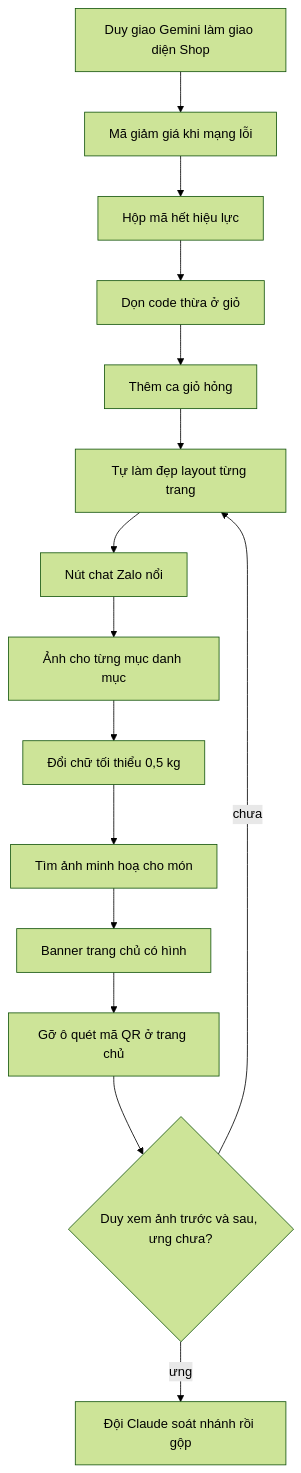
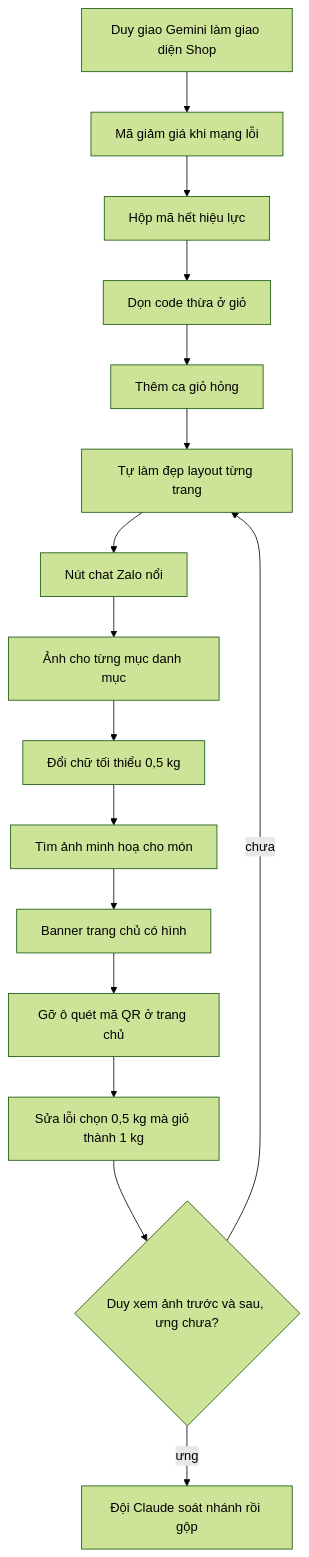
The diagram in doc/features/2026-11-11-shop-ui-gemini/02c-giao-viec.md (DuyduyFedev46/fish), drawn with Mermaid (forest theme) before and after one commit. The commit also changed other lines of this file, not shown here.

Commit message:
Phiếu Gemini: thêm GUI-12 sửa lỗi chọn 0,5 kg mà giỏ thành 1 kg (Duy báo trên staging)

````diff
--- a/doc/features/2026-11-11-shop-ui-gemini/02c-giao-viec.md
+++ b/doc/features/2026-11-11-shop-ui-gemini/02c-giao-viec.md
@@ -3,17 +3,18 @@
 ```mermaid
 flowchart TD
   A["Duy giao Gemini làm giao diện Shop"] --> V1["Mã giảm giá khi mạng lỗi"]
   V1 --> V2["Hộp mã hết hiệu lực"]
   V2 --> V3["Dọn code thừa ở giỏ"]
   V3 --> V4["Thêm ca giỏ hỏng"]
   V4 --> V5["Tự làm đẹp layout từng trang"]
   V5 --> V6["Nút chat Zalo nổi"]
   V6 --> V7["Ảnh cho từng mục danh mục"]
   V7 --> V8["Đổi chữ tối thiểu 0,5 kg"]
   V8 --> V9["Tìm ảnh minh hoạ cho món"]
   V9 --> V10["Banner trang chủ có hình"]
   V10 --> V11["Gỡ ô quét mã QR ở trang chủ"]
-  V11 --> D{"Duy xem ảnh trước và sau, ưng chưa?"}
+  V11 --> V12["Sửa lỗi chọn 0,5 kg mà giỏ thành 1 kg"]
+  V12 --> D{"Duy xem ảnh trước và sau, ưng chưa?"}
   D -- "chưa" --> V5
   D -- "ưng" --> R["Đội Claude soát nhánh rồi gộp"]
 ```
````
